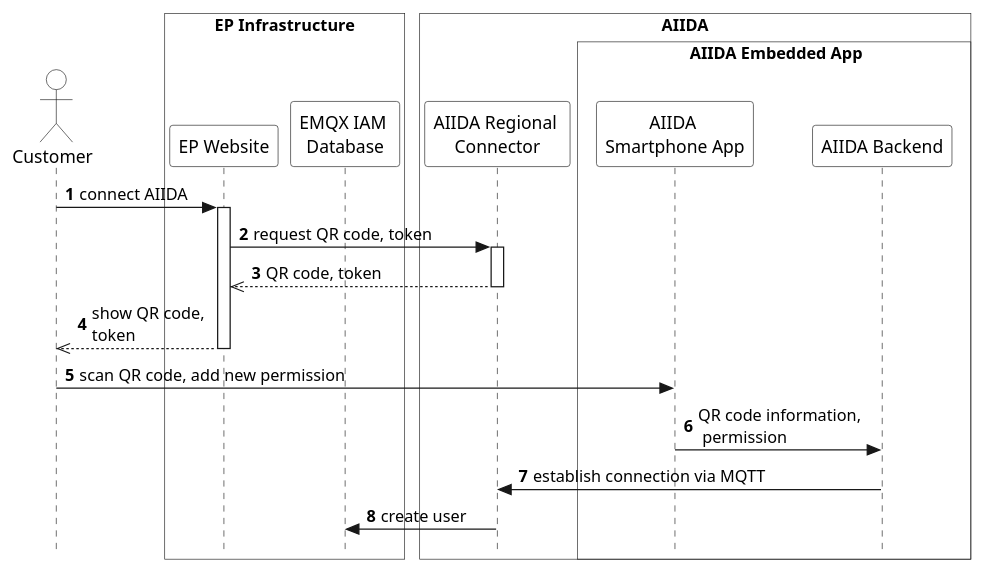
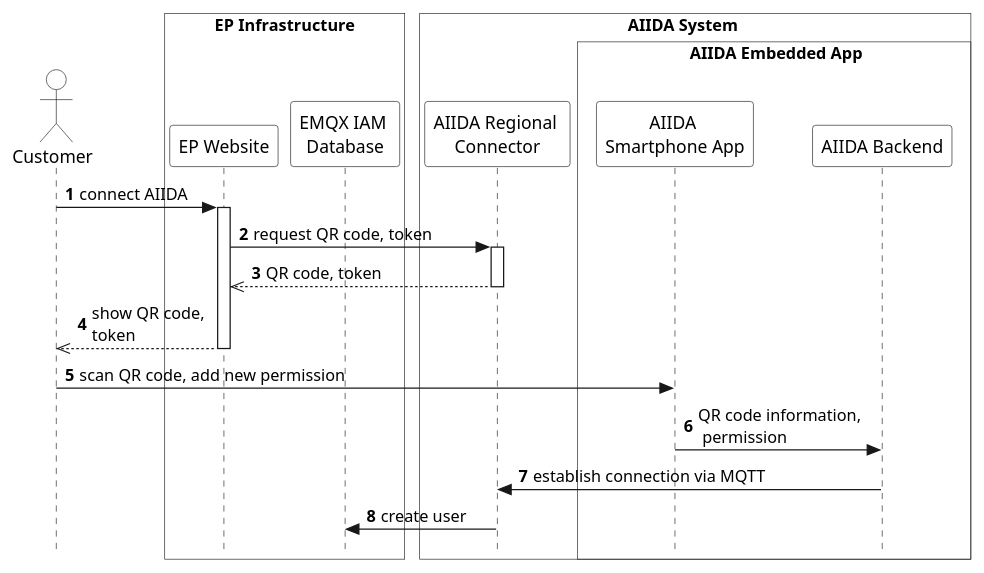
Before and after one commit to eddie-energy/architecture: the diagram in arc42/aiida/runtime-view/figures/aiida_new_connection_qr.puml, drawn with PlantUML. The commit also changed 11 other files, not shown here.

```diff
--- a/arc42/aiida/runtime-view/figures/aiida_new_connection_qr.puml
+++ b/arc42/aiida/runtime-view/figures/aiida_new_connection_qr.puml
@@ -1,40 +1,40 @@
 @startuml aiida_new_connection_qr
 'sequence diagram
 
 skinparam style strictuml
 skinparam sequence {
   ParticipantBackgroundColor transparent
   ActorBackgroundColor transparent
 }
 
 autonumber
 !pragma teoz true
 
 actor "Customer" as user
 box "EP Infrastructure" #transparent
 participant "EP Website" as website
 participant "EMQX IAM \nDatabase" as database
 end box
-box "\tAIIDA\t\t"  #transparent
+box "\tAIIDA System\t\t"  #transparent
 participant "AIIDA Regional \nConnector" as connector
 box "\t\tAIIDA Embedded App\t\t"  #transparent
 participant "AIIDA \nSmartphone App" as frontend
 participant "AIIDA Backend" as backend
 end box
 end box
 
 user -> website : connect AIIDA
 activate website
 website -> connector : request QR code, token
 activate connector
 connector -->> website : QR code, token
 deactivate connector
 website -->> user : show QR code, \ntoken
 deactivate website
 
 user -> frontend : scan QR code, add new permission
 frontend -> backend : QR code information,\n permission
 backend -> connector : establish connection via MQTT
 connector -> database : create user
 
 @enduml
```
